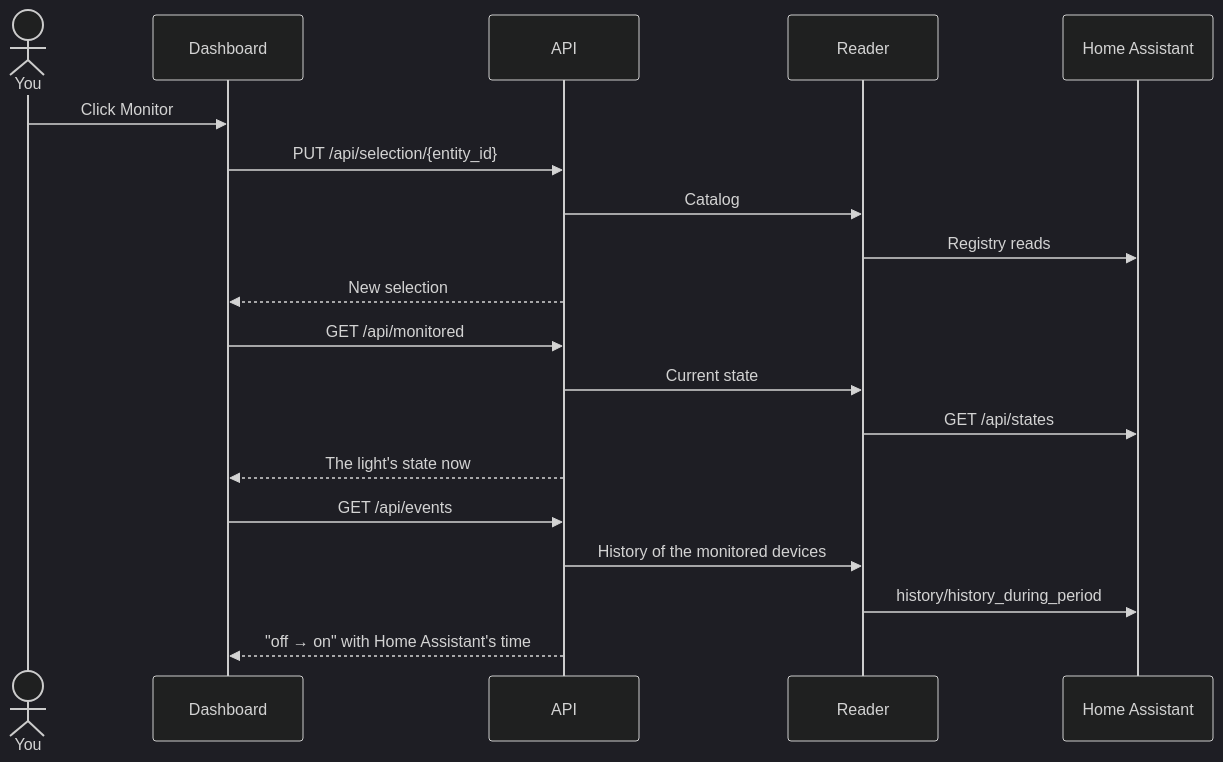
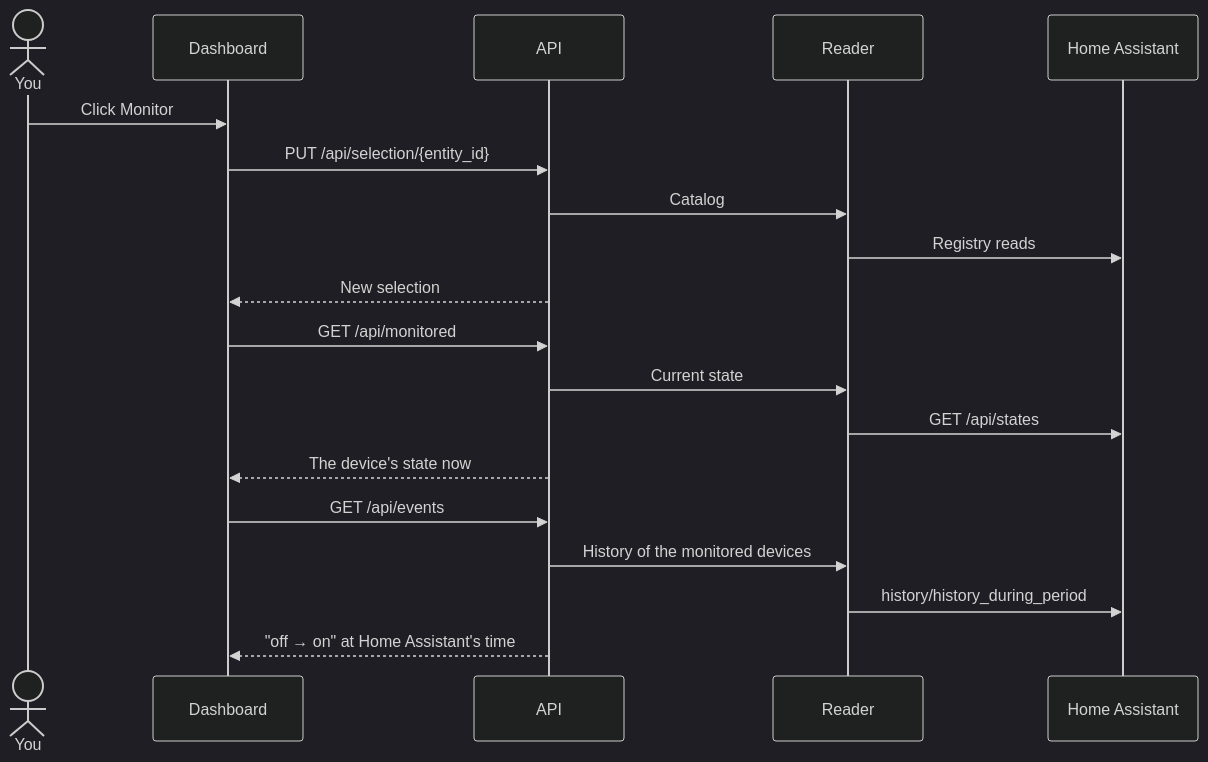
One commit to alitaghub/home-keeper changed the second of 2 diagrams in docs/architecture.md. Above: the diagram before and after it, drawn with Mermaid (dark theme). The commit also changed other lines of this file and 13 other files, not shown here.

````diff
--- a/docs/architecture.md
+++ b/docs/architecture.md
@@ -119,22 +98,22 @@
 ```mermaid
 sequenceDiagram
     actor You
     participant D as Dashboard
     participant A as API
     participant R as Reader
     participant H as Home Assistant
 
     You->>D: Click Monitor
     D->>A: PUT /api/selection/{entity_id}
     A->>R: Catalog
     R->>H: Registry reads
     A-->>D: New selection
     D->>A: GET /api/monitored
     A->>R: Current state
     R->>H: GET /api/states
-    A-->>D: The light's state now
+    A-->>D: The device's state now
     D->>A: GET /api/events
     A->>R: History of the monitored devices
     R->>H: history/history_during_period
-    A-->>D: "off → on" with Home Assistant's time
+    A-->>D: "off → on" at Home Assistant's time
 ```
````
